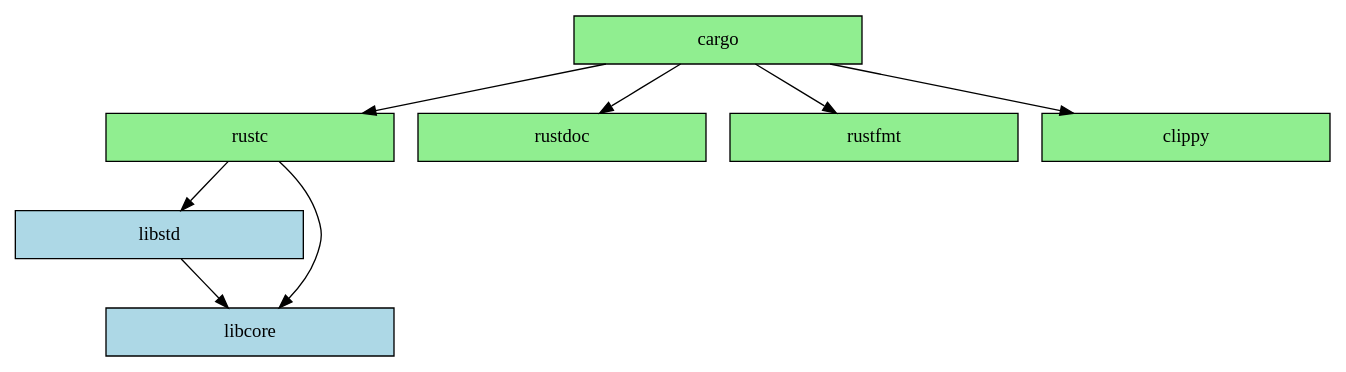
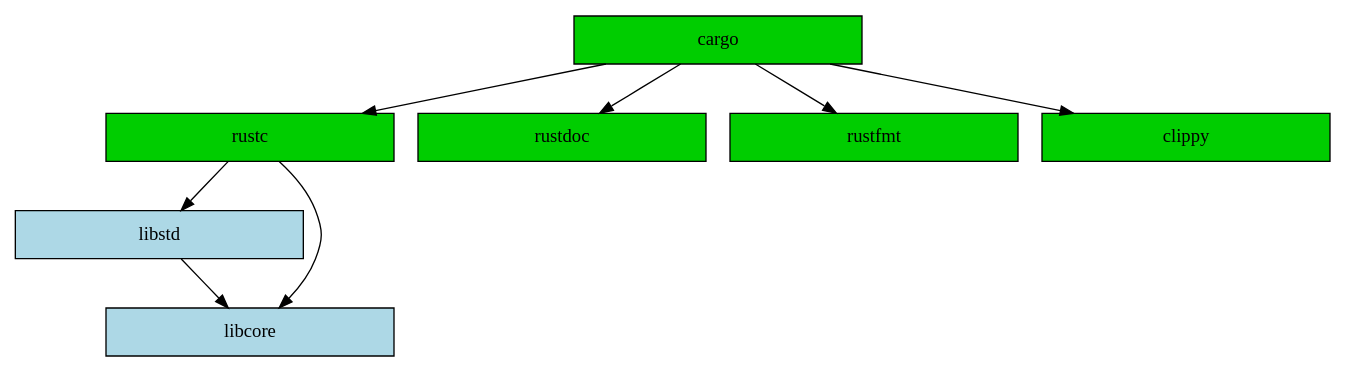
Before and after one commit to ferrous-systems/rust-training: the diagram in training-slides/src/installation.md, drawn with Graphviz. The commit also changed 7 other files, not shown here.

````diff
--- a/training-slides/src/installation.md
+++ b/training-slides/src/installation.md
@@ -38,13 +38,13 @@
 ```dot process
 digraph {
-    node [shape=record, fontcolor=black, fontsize=14, width=3, fillcolor=lightgreen, style=filled];
+    node [shape=record, fontcolor=black, fontsize=14, width=3, fillcolor=green3, style=filled];
     cargo -> rustc;
     cargo -> rustdoc;
     cargo -> rustfmt;
     cargo -> clippy;
     node [shape=record, fontcolor=black, fontsize=14, width=3, fillcolor=lightblue, style=filled];
     rustc -> libstd;
     rustc -> libcore;
     libstd -> libcore;
 }
 ```
````
